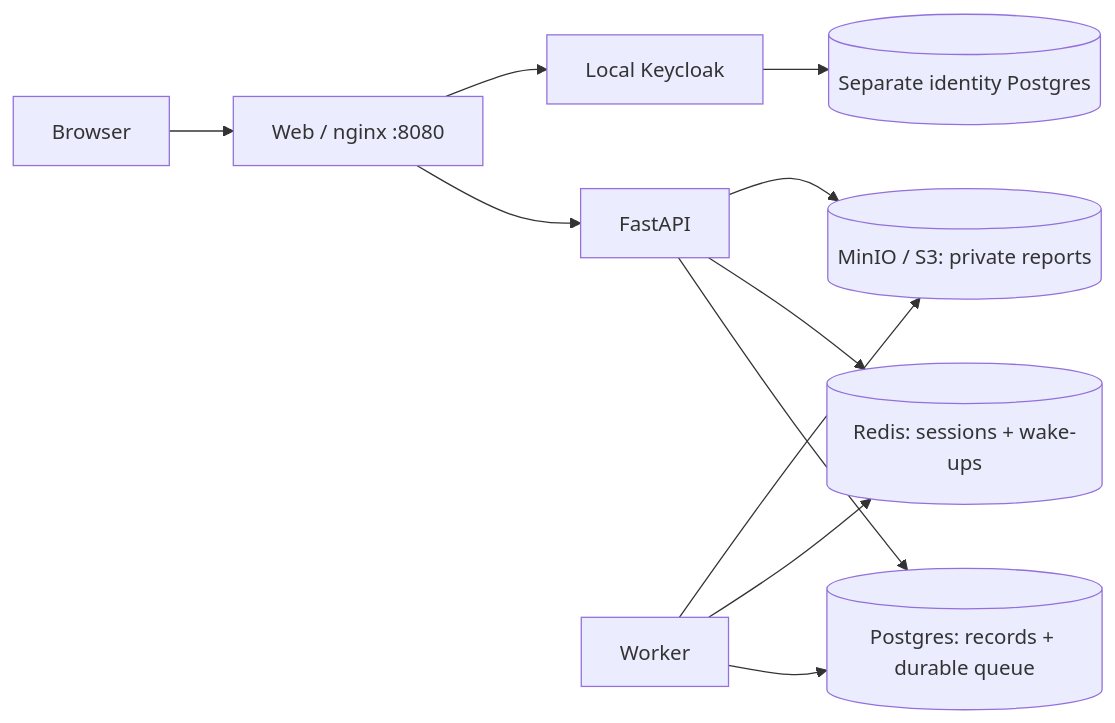
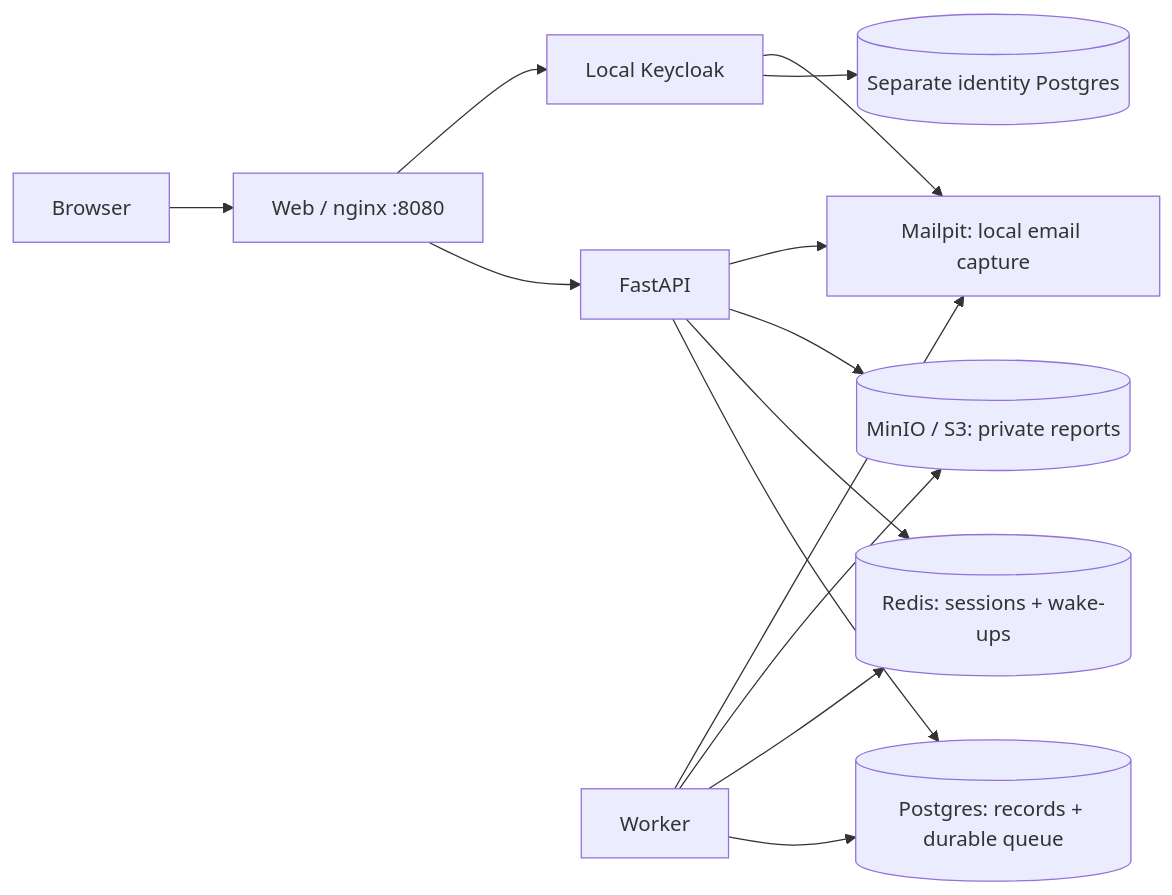
One commit to theRealMarkCastillo/local-cloud-demo changed the diagram in README.md. Above: the diagram before and after it, drawn with Mermaid. The commit also changed other lines of this file and 16 other files, not shown here.

Commit message:
Add Mailpit, Keycloak email recovery and configurable application SMTP

````diff
--- a/README.md
+++ b/README.md
@@ -61,13 +64,16 @@
 ```mermaid
 flowchart LR
   Browser --> Web[Web / nginx :8080]
   Web --> API[FastAPI]
   Web --> KC[Local Keycloak]
   API --> PG[(Postgres: records + durable queue)]
   API --> Redis[(Redis: sessions + wake-ups)]
   Worker --> PG
   Worker --> Redis
   Worker --> S3[(MinIO / S3: private reports)]
   API --> S3
   KC --> KPG[(Separate identity Postgres)]
+  KC --> Mailpit[Mailpit: local email capture]
+  API --> Mailpit
+  Worker --> Mailpit
 ```
````
